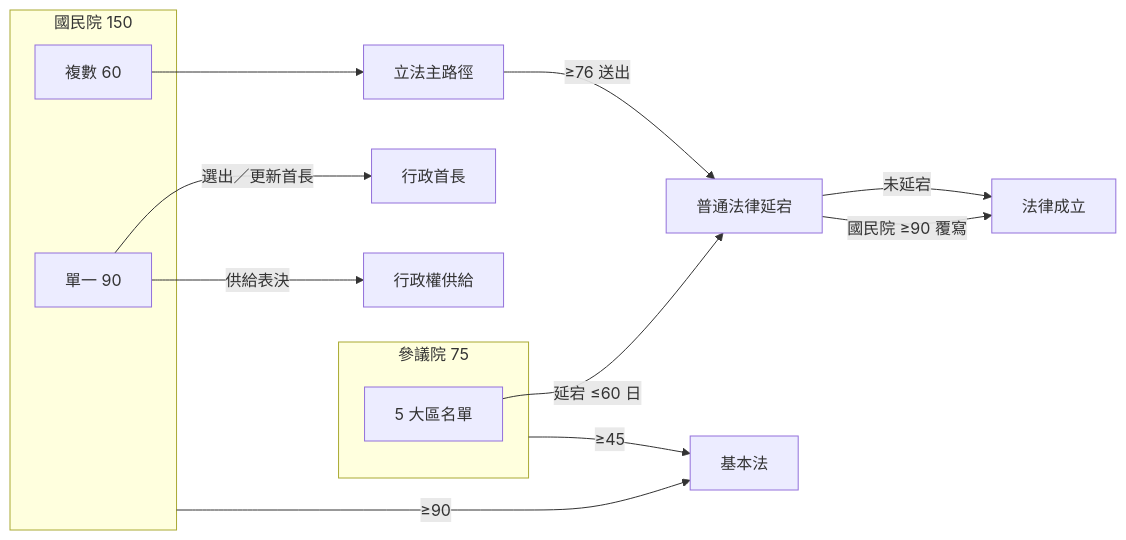
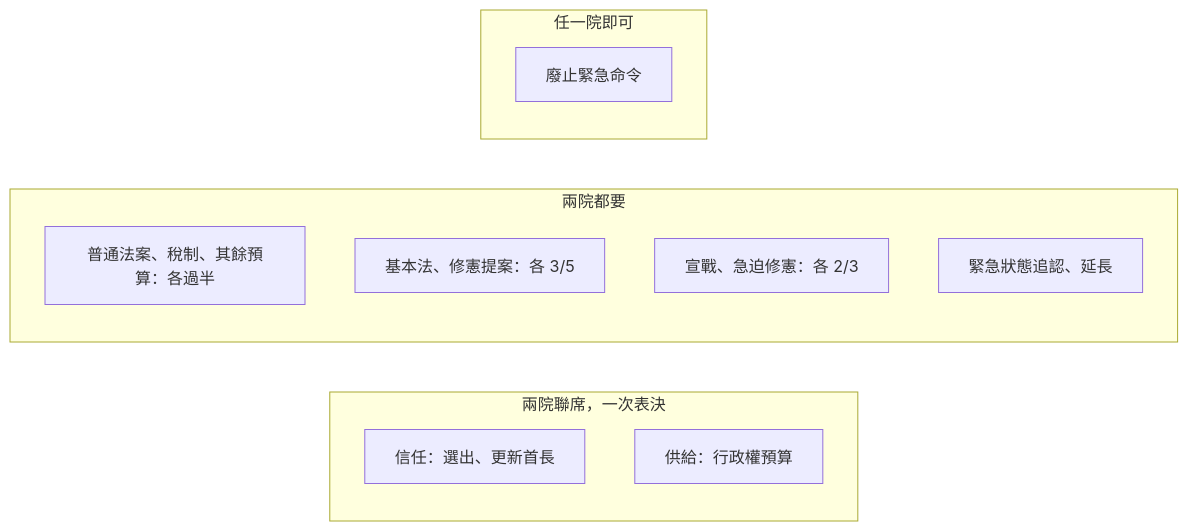
The second of 8 diagrams in topics/regime-designs/designs/台灣/兩院議會制/憲政架構圖.md (IRonROOT578/Political-Economy-Research-Public), drawn with Mermaid before and after one commit. The commit also changed other lines of this file and 241 other files, not shown here.

````diff
--- a/topics/regime-designs/designs/台灣/兩院議會制/憲政架構圖.md
+++ b/topics/regime-designs/designs/台灣/兩院議會制/憲政架構圖.md
@@ -33,19 +21,16 @@
 ```mermaid
 flowchart LR
-  subgraph NA_block[國民院 150]
-    SMD2[單一 90]
-    PR2[複數 60]
+  subgraph NAonly[兩院聯席，一次表決]
+    T[信任：選出、更新首長]
+    S[供給：行政權預算]
   end
-  subgraph Sen_block[參議院 75]
-    PRS[5 大區名單]
+  subgraph Both[兩院都要]
+    L[普通法案、稅制、其餘預算：各過半]
+    B[基本法、修憲提案：各 3/5]
+    W[宣戰、急迫修憲：各 2/3]
+    E[緊急狀態追認、延長]
   end
-  SMD2 -->|選出／更新首長| Ch[行政首長]
-  SMD2 -->|供給表決| Sup[行政權供給]
-  PR2 --> LegN[立法主路徑]
-  PRS -->|延宕 ≤60 日| Delay[普通法律延宕]
-  LegN -->|≥76 送出| Delay
-  Delay -->|國民院 ≥90 覆寫| Pass[法律成立]
-  Delay -->|未延宕| Pass
-  NA_block -->|≥90| BL[基本法]
-  Sen_block -->|≥45| BL
+  subgraph Either[任一院即可]
+    R[廢止緊急命令]
+  end
 ```
````
